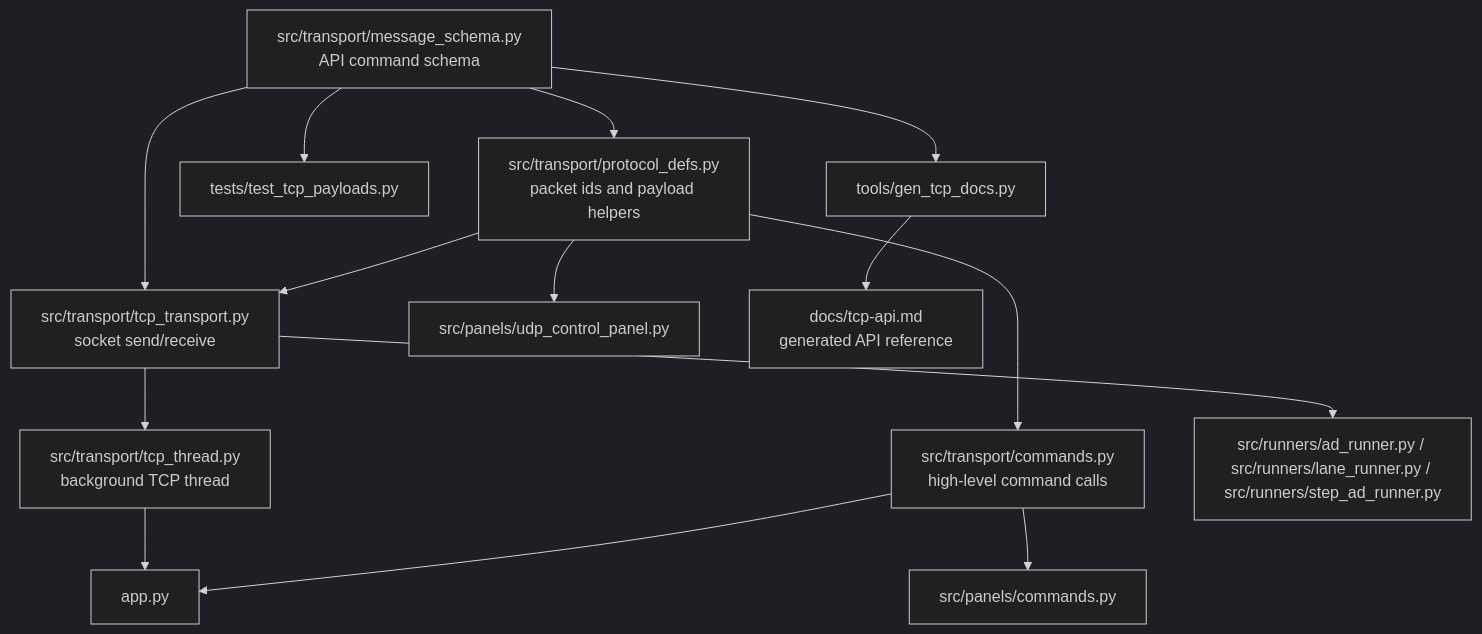
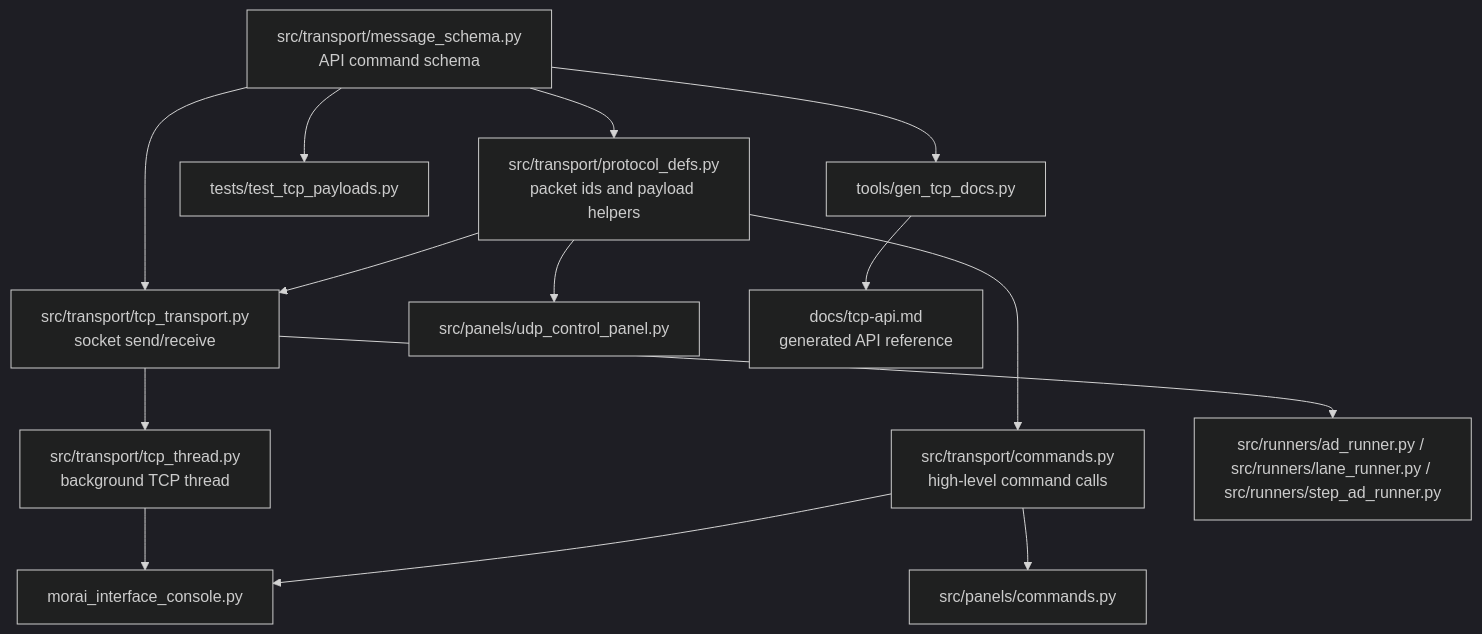
The third of 5 diagrams in docs/code-review-graph.md (MORAI-Autonomous/MORAI-SimControl_v2.1), drawn with Mermaid (dark theme) before and after one commit. The commit also changed other lines of this file and 17 other files, not shown here.

````diff
--- a/docs/code-review-graph.md
+++ b/docs/code-review-graph.md
@@ -86,31 +86,31 @@
 ```mermaid
 flowchart TD
     schema["src/transport/message_schema.py<br/>API command schema"]
     defs["src/transport/protocol_defs.py<br/>packet ids and payload helpers"]
     tcp["src/transport/tcp_transport.py<br/>socket send/receive"]
     thread["src/transport/tcp_thread.py<br/>background TCP thread"]
     commands["src/transport/commands.py<br/>high-level command calls"]
 
-    app["app.py"]
+    app["morai_interface_console.py"]
     command_panel["src/panels/commands.py"]
     udp_control["src/panels/udp_control_panel.py"]
     runners["src/runners/ad_runner.py / src/runners/lane_runner.py / src/runners/step_ad_runner.py"]
     docs["docs/tcp-api.md<br/>generated API reference"]
     tests["tests/test_tcp_payloads.py"]
     generator["tools/gen_tcp_docs.py"]
 
     schema --> defs
     schema --> tcp
     defs --> tcp
     defs --> commands
     tcp --> thread
     thread --> app
     commands --> app
     commands --> command_panel
     defs --> udp_control
     tcp --> runners
 
     schema --> generator
     generator --> docs
     schema --> tests
 ```
````
